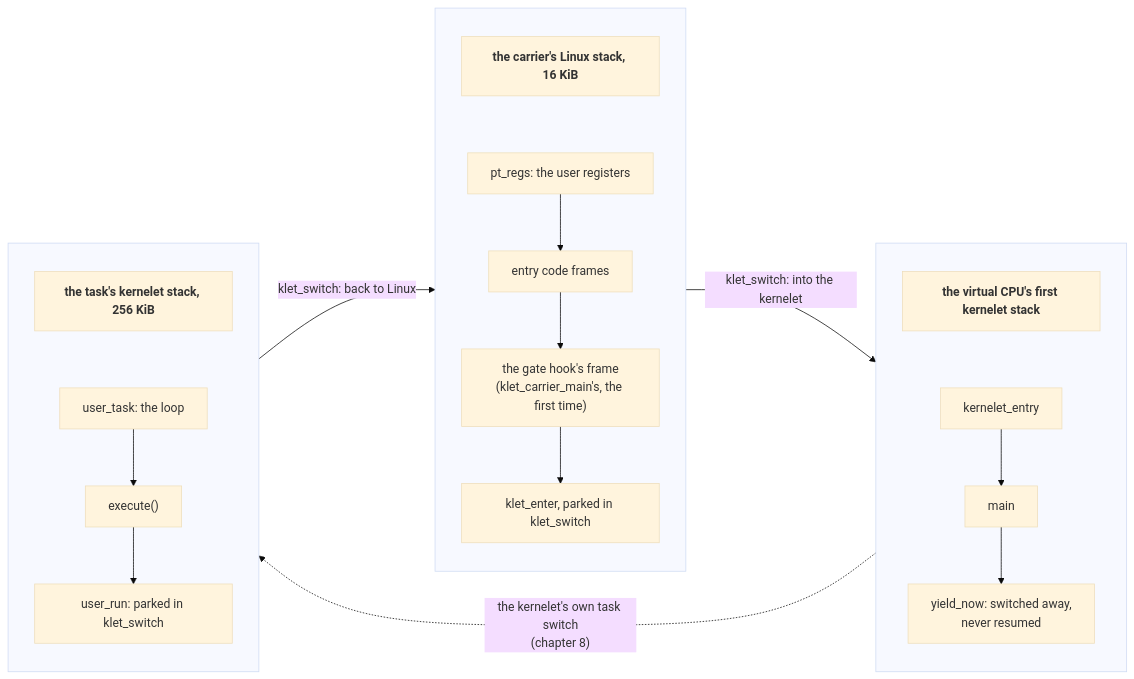
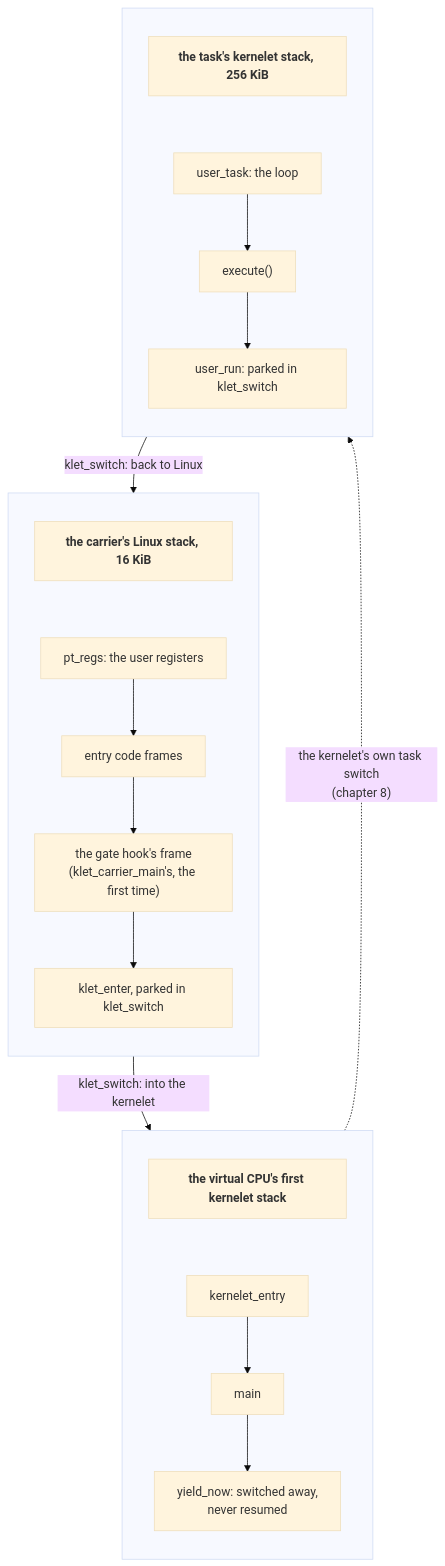
Before and after one commit to Plucky923/kernelet: the diagram in src/two-stacks.md, drawn with Mermaid (base theme). The commit also changed other lines of this file and 32 other files, not shown here.

````diff
--- a/src/two-stacks.md
+++ b/src/two-stacks.md
@@ -17,18 +17,18 @@
 ```mermaid
-flowchart LR
+flowchart TB
     subgraph L[" "]
         direction TB
         l0["<b>the carrier's Linux stack, 16 KiB</b>"] ~~~ l1["pt_regs: the user registers"] --> l2["entry code frames"] --> l3["the gate hook's frame<br/>(klet_carrier_main's, the first time)"] --> l4["klet_enter, parked in klet_switch"]
     end
     subgraph B[" "]
         direction TB
         b0["<b>the virtual CPU's first kernelet stack</b>"] ~~~ b1["kernelet_entry"] --> b2["main"] --> b3["yield_now: switched away,<br/>never resumed"]
     end
     subgraph K[" "]
         direction TB
         k0["<b>the task's kernelet stack, 256 KiB</b>"] ~~~ k1["user_task: the loop"] --> k2["execute()"] --> k3["user_run: parked in klet_switch"]
     end
     L -- "klet_switch: into the kernelet" --> B
     B -. "the kernelet's own task switch<br/>(chapter 8)" .-> K
     K -- "klet_switch: back to Linux" --> L
 ```
````
